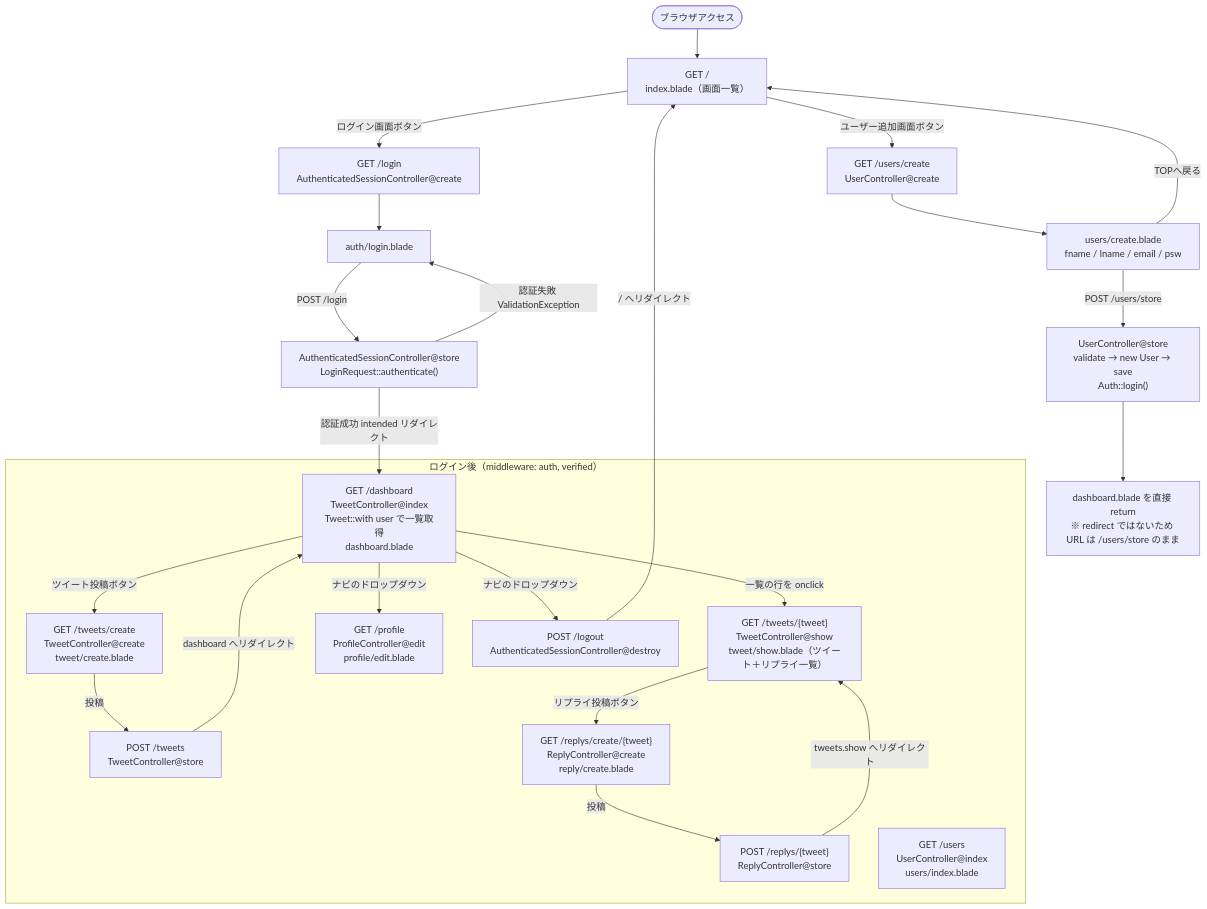
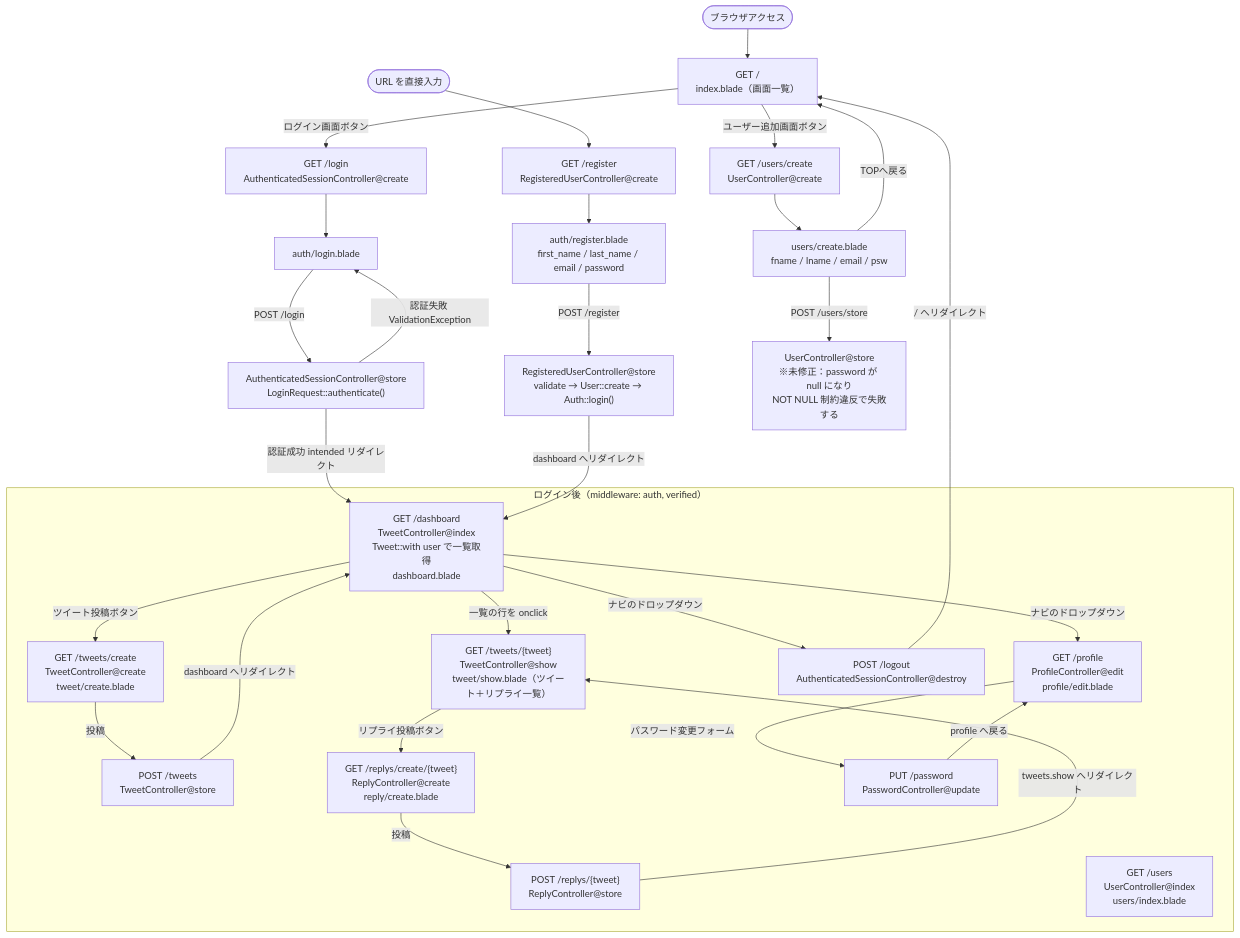
Before and after one commit to MaruCat000/my-laravel-app-breeze: the diagram in mermaid/flowchart.md, drawn with Mermaid. The commit also changed other lines of this file and 2 other files, not shown here.

Commit message:
Update README and diagrams to match current implementation
- README: register via Breeze /register (now working), seeder is a single
  DatabaseSeeder using raw SQL again, real test results (20 failed / 5 passed)
- README: add known issues for UserController@store, the TOP page button
  pointing at it, and the leftover name input in register.blade.php
- flowchart: add the /register path and PUT /password, mark /users/store as
  currently failing
- sequenceDiagram: rewrite registration for RegisteredUserController, add a
  password update diagram

````diff
--- a/mermaid/flowchart.md
+++ b/mermaid/flowchart.md
@@ -6,45 +6,51 @@
 ```mermaid
 flowchart TD
     Start([ブラウザアクセス]) --> Root["GET /<br>index.blade（画面一覧）"]
+    Direct([URL を直接入力]) --> RegisterGet["GET /register<br>RegisteredUserController@create"]
 
     Root -->|ログイン画面ボタン| LoginGet["GET /login<br>AuthenticatedSessionController@create"]
     Root -->|ユーザー追加画面ボタン| UserCreate["GET /users/create<br>UserController@create"]
 
     LoginGet --> LoginView["auth/login.blade"]
     LoginView -->|POST /login| LoginPost["AuthenticatedSessionController@store<br>LoginRequest::authenticate()"]
     LoginPost -->|認証成功 intended リダイレクト| Dashboard
     LoginPost -->|認証失敗 ValidationException| LoginView
 
+    RegisterGet --> RegisterView["auth/register.blade<br>first_name / last_name / email / password"]
+    RegisterView -->|POST /register| RegisterPost["RegisteredUserController@store<br>validate → User::create → Auth::login()"]
+    RegisterPost -->|dashboard へリダイレクト| Dashboard
+
     UserCreate --> UserCreateView["users/create.blade<br>fname / lname / email / psw"]
     UserCreateView -->|TOPへ戻る| Root
-    UserCreateView -->|POST /users/store| UserStore["UserController@store<br>validate → new User → save<br>Auth::login()"]
-    UserStore --> DashboardView["dashboard.blade を直接 return<br>※ redirect ではないため URL は /users/store のまま"]
+    UserCreateView -->|POST /users/store| UserStore["UserController@store<br>※未修正：password が null になり<br>NOT NULL 制約違反で失敗する"]
 
     subgraph AUTH["ログイン後（middleware: auth, verified）"]
         Dashboard["GET /dashboard<br>TweetController@index<br>Tweet::with user で一覧取得<br>dashboard.blade"]
         TweetCreate["GET /tweets/create<br>TweetController@create<br>tweet/create.blade"]
         TweetStore["POST /tweets<br>TweetController@store"]
         TweetShow["GET /tweets/{tweet}<br>TweetController@show<br>tweet/show.blade（ツイート＋リプライ一覧）"]
         ReplyCreate["GET /replys/create/{tweet}<br>ReplyController@create<br>reply/create.blade"]
         ReplyStore["POST /replys/{tweet}<br>ReplyController@store"]
         Profile["GET /profile<br>ProfileController@edit<br>profile/edit.blade"]
+        PasswordUpdate["PUT /password<br>PasswordController@update"]
         Users["GET /users<br>UserController@index<br>users/index.blade"]
         Logout["POST /logout<br>AuthenticatedSessionController@destroy"]
     end
 
     Dashboard -->|ツイート投稿ボタン| TweetCreate
     TweetCreate -->|投稿| TweetStore
     TweetStore -->|dashboard へリダイレクト| Dashboard
 
     Dashboard -->|一覧の行を onclick| TweetShow
     TweetShow -->|リプライ投稿ボタン| ReplyCreate
     ReplyCreate -->|投稿| ReplyStore
     ReplyStore -->|tweets.show へリダイレクト| TweetShow
 
     Dashboard -->|ナビのドロップダウン| Profile
+    Profile -->|パスワード変更フォーム| PasswordUpdate
+    PasswordUpdate -->|profile へ戻る| Profile
     Dashboard -->|ナビのドロップダウン| Logout
     Logout -->|/ へリダイレクト| Root
 
-    %% GET /users はどの画面からもリンクされておらず、URL 直打ちでのみ到達可能
-    %% Breeze 標準の GET /register は users テーブルに name カラムがないため動作しない
+    %% GET /register と GET /users はどの画面からもリンクされておらず、URL 直打ちでのみ到達可能
 ```
````
